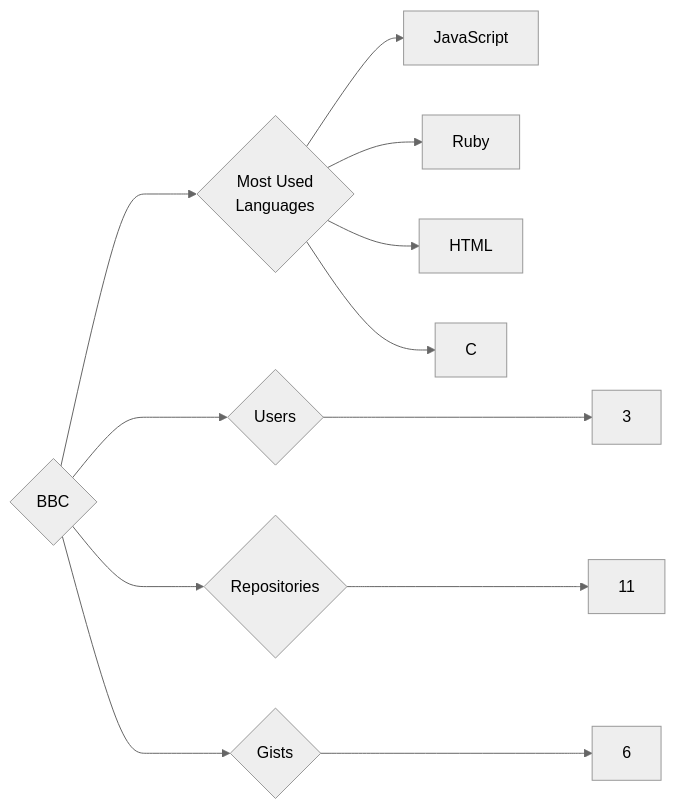
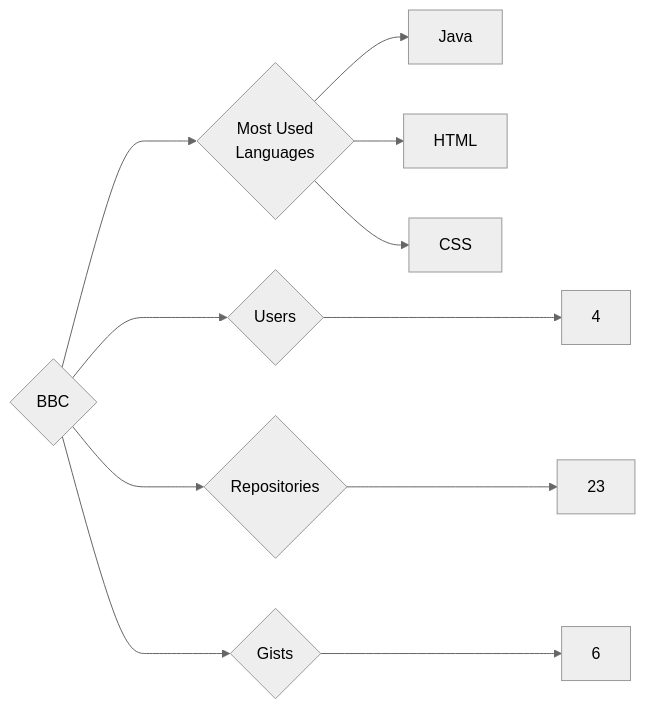
The diagram in targets/BBC/README.md (trickest/insiders), drawn with Mermaid (neutral theme) before and after one commit. The commit also changed 1170 other files, not shown here.

````diff
--- a/targets/BBC/README.md
+++ b/targets/BBC/README.md
@@ -3,12 +3,11 @@
 ```mermaid
 graph LR
 COMPANY_NAME{BBC}
-COMPANY_NAME ---> U{Users} ---> UN[3]
-COMPANY_NAME ---> R{Repositories} ---> RN[11]
+COMPANY_NAME ---> U{Users} ---> UN[4]
+COMPANY_NAME ---> R{Repositories} ---> RN[23]
 COMPANY_NAME ---> G{Gists} ---> GN[6]
 COMPANY_NAME ---> ML{Most Used<br>Languages}
-ML --> JavaScript[JavaScript]
-ML --> Ruby[Ruby]
+ML --> Java[Java]
 ML --> HTML[HTML]
-ML --> C[C]
+ML --> CSS[CSS]
 ```
````
